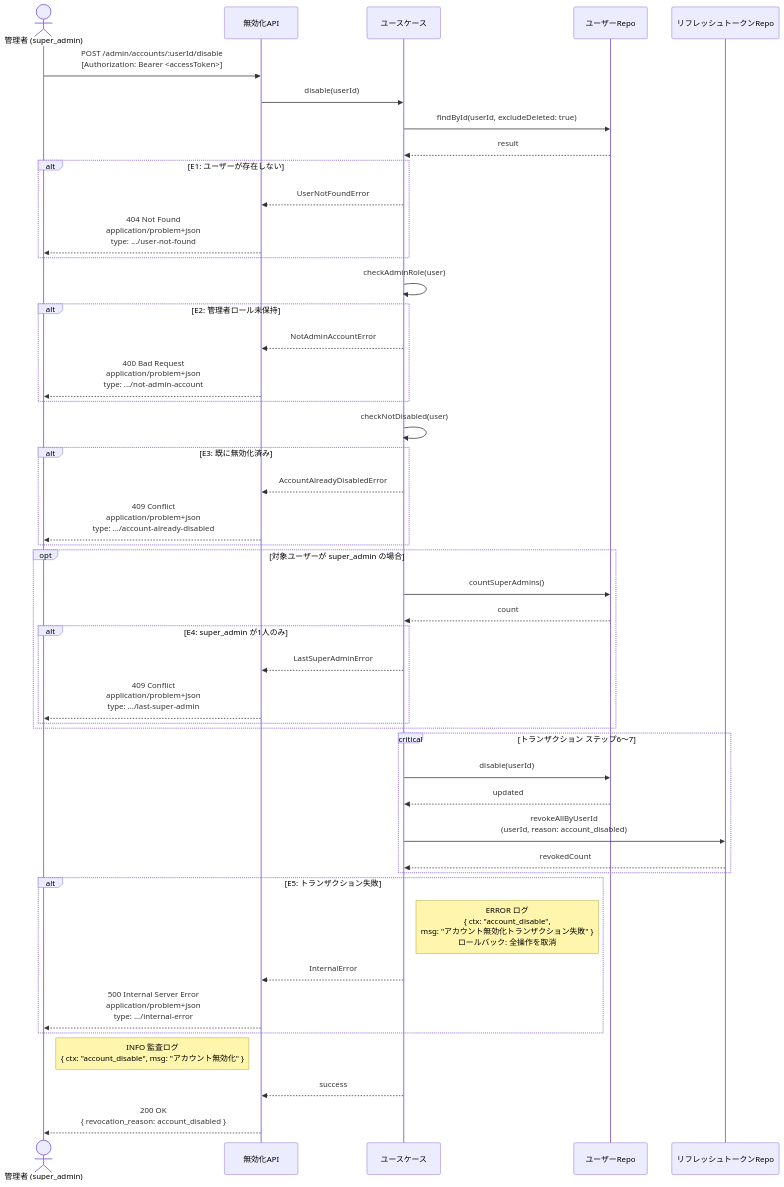
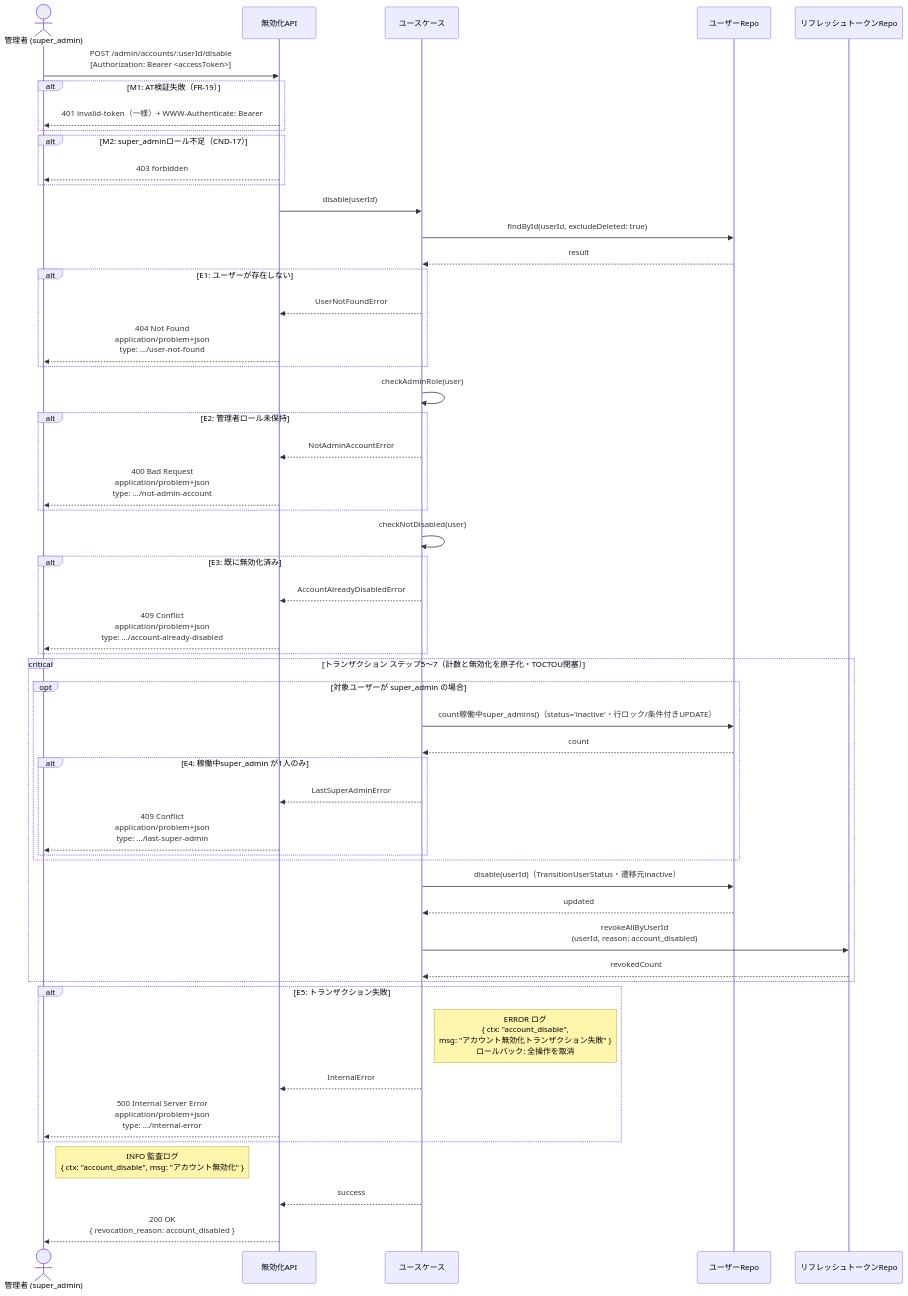
The second of 2 diagrams in .docs/design/buc/BUC-A04.md (suunet/POC_HYDRA_AUTH), drawn with Mermaid before and after one commit. The commit also changed other lines of this file and 4 other files, not shown here.

Commit message:
docs(T-020): cycle 1 - BUC-A04/A05是正(M1/M2認可・E1形式不正注記・CND-14稼働中super_admin述語・遷移元ガード・TOCTOU単一Tx・図追従)とUC-014/UC-015仕様起草

````diff
--- a/.docs/design/buc/BUC-A04.md
+++ b/.docs/design/buc/BUC-A04.md
@@ -116,48 +129,54 @@
 ```mermaid
 sequenceDiagram
   actor Admin as 管理者 (super_admin)
   participant DisableAPI as 無効化API
   participant UseCase as ユースケース
   participant UserRepo as ユーザーRepo
   participant RefreshRepo as リフレッシュトークンRepo
   Admin->>DisableAPI: POST /admin/accounts/:userId/disable<br/>[Authorization: Bearer <accessToken>]
+  alt M1: AT検証失敗（FR-19）
+  DisableAPI-->>Admin: 401 invalid-token（一様）+ WWW-Authenticate: Bearer
+  end
+  alt M2: super_adminロール不足（CND-17）
+  DisableAPI-->>Admin: 403 forbidden
+  end
   DisableAPI->>UseCase: disable(userId)
   UseCase->>UserRepo: findById(userId, excludeDeleted: true)
   UserRepo-->>UseCase: result
   alt E1: ユーザーが存在しない
   UseCase-->>DisableAPI: UserNotFoundError
   DisableAPI-->>Admin: 404 Not Found<br/>application/problem+json<br/>type: .../user-not-found
   end
   UseCase->>UseCase: checkAdminRole(user)
   alt E2: 管理者ロール未保持
   UseCase-->>DisableAPI: NotAdminAccountError
   DisableAPI-->>Admin: 400 Bad Request<br/>application/problem+json<br/>type: .../not-admin-account
   end
   UseCase->>UseCase: checkNotDisabled(user)
   alt E3: 既に無効化済み
   UseCase-->>DisableAPI: AccountAlreadyDisabledError
   DisableAPI-->>Admin: 409 Conflict<br/>application/problem+json<br/>type: .../account-already-disabled
   end
+  critical トランザクション ステップ5〜7（計数と無効化を原子化・TOCTOU閉塞）
   opt 対象ユーザーが super_admin の場合
-  UseCase->>UserRepo: countSuperAdmins()
+  UseCase->>UserRepo: count稼働中super_admins()（status='inactive'・行ロック/条件付きUPDATE）
   UserRepo-->>UseCase: count
-  alt E4: super_admin が1人のみ
+  alt E4: 稼働中super_admin が1人のみ
   UseCase-->>DisableAPI: LastSuperAdminError
   DisableAPI-->>Admin: 409 Conflict<br/>application/problem+json<br/>type: .../last-super-admin
   end
   end
-  critical トランザクション ステップ6〜7
-  UseCase->>UserRepo: disable(userId)
+  UseCase->>UserRepo: disable(userId)（TransitionUserStatus・遷移元inactive）
   UserRepo-->>UseCase: updated
   UseCase->>RefreshRepo: revokeAllByUserId<br/>(userId, reason: account_disabled)
   RefreshRepo-->>UseCase: revokedCount
   end
   alt E5: トランザクション失敗
   Note right of UseCase: ERROR ログ<br/>{ ctx: "account_disable",<br/>msg: "アカウント無効化トランザクション失敗" }<br/>ロールバック: 全操作を取消
   UseCase-->>DisableAPI: InternalError
   DisableAPI-->>Admin: 500 Internal Server Error<br/>application/problem+json<br/>type: .../internal-error
   end
   Note right of Admin: INFO 監査ログ<br/>{ ctx: "account_disable", msg: "アカウント無効化" }
   UseCase-->>DisableAPI: success
   DisableAPI-->>Admin: 200 OK<br/>{ revocation_reason: account_disabled }
 ```
````
